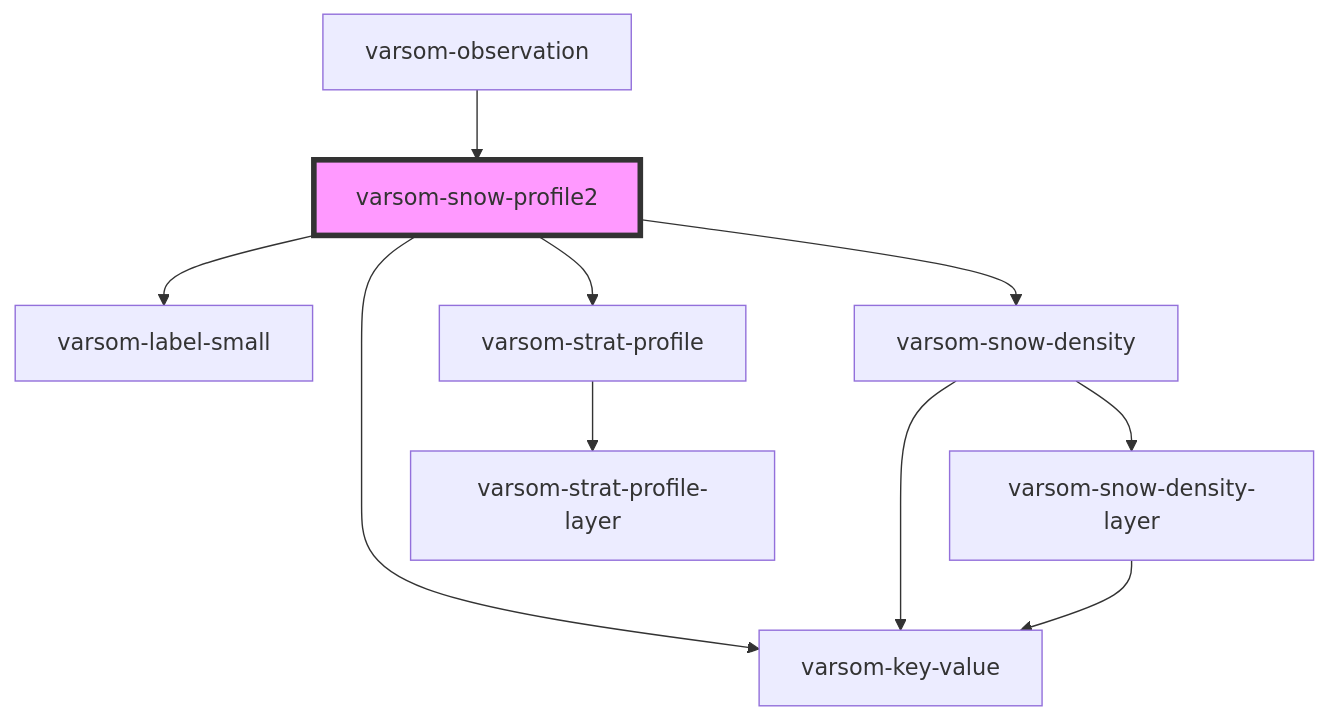
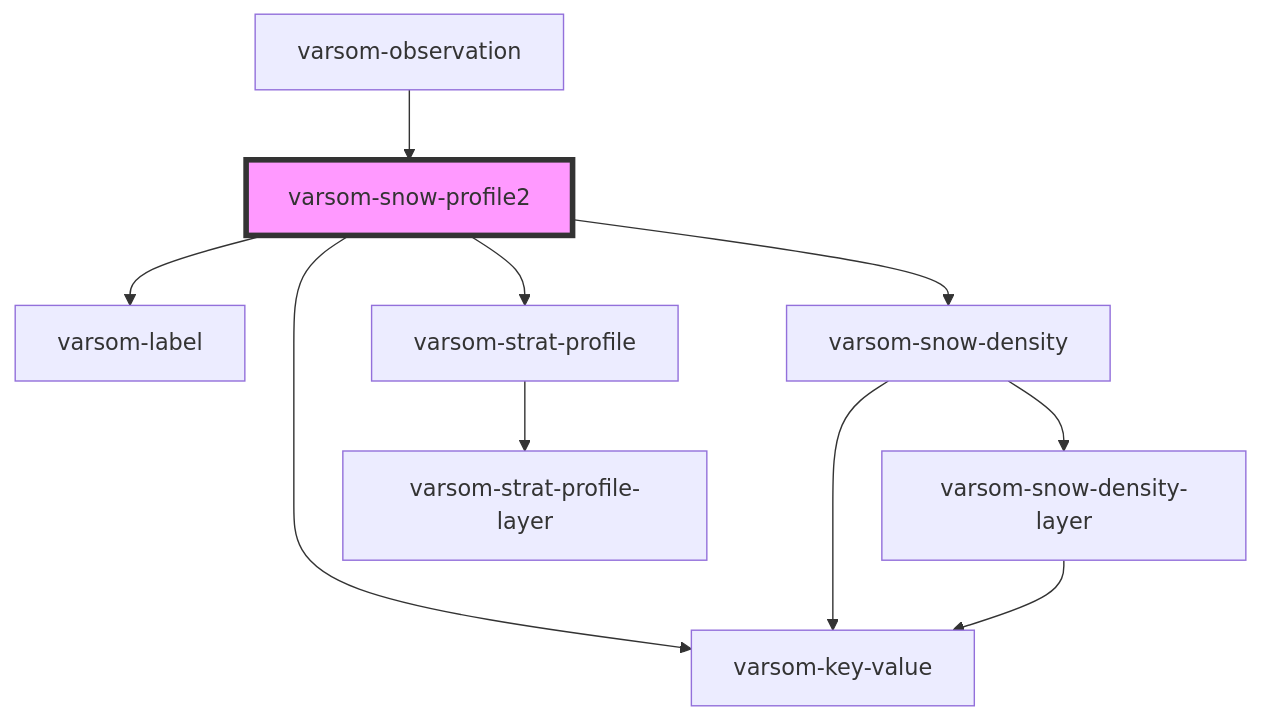
The diagram in observasjonskort/src/components/varsom-snow-profile2/readme.md (NVE/varsom-observation), drawn with Mermaid before and after one commit. The commit also changed other lines of this file and 6 other files, not shown here.

````diff
--- a/observasjonskort/src/components/varsom-snow-profile2/readme.md
+++ b/observasjonskort/src/components/varsom-snow-profile2/readme.md
@@ -37,13 +37,13 @@
 ```mermaid
 graph TD;
-  varsom-snow-profile2 --> varsom-label-small
+  varsom-snow-profile2 --> varsom-label
   varsom-snow-profile2 --> varsom-key-value
   varsom-snow-profile2 --> varsom-snow-density
   varsom-snow-profile2 --> varsom-strat-profile
   varsom-snow-density --> varsom-key-value
   varsom-snow-density --> varsom-snow-density-layer
   varsom-snow-density-layer --> varsom-key-value
   varsom-strat-profile --> varsom-strat-profile-layer
   varsom-observation --> varsom-snow-profile2
   style varsom-snow-profile2 fill:#f9f,stroke:#333,stroke-width:4px
 ```
````
